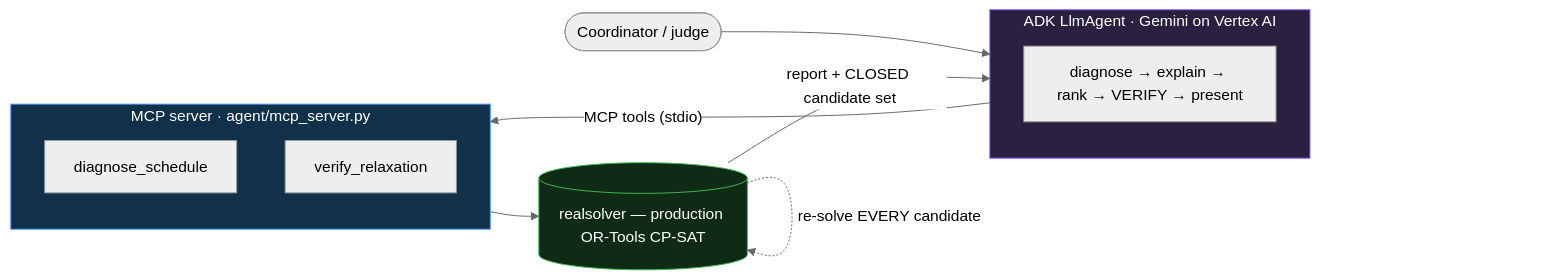
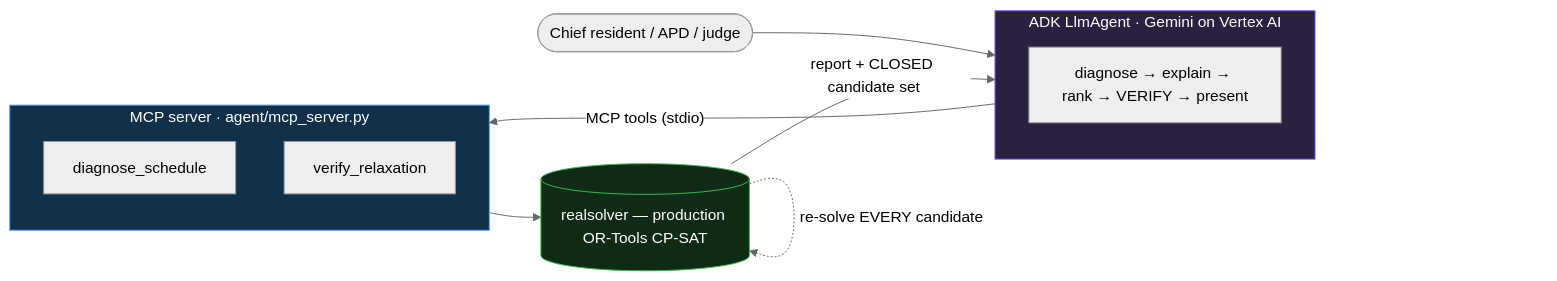
The diagram in README.md (tpinzzz/schedulerrx-constraint-agent), drawn with Mermaid (neutral theme) before and after one commit. The commit also changed other lines of this file and 5 other files, not shown here.

````diff
--- a/README.md
+++ b/README.md
@@ -48,19 +48,19 @@
 ```mermaid
 flowchart LR
-  U([Coordinator / judge]) --> A
+  U([Chief resident / APD / judge]) --> A
   subgraph A[ADK LlmAgent · Gemini on Vertex AI]
     direction TB
     P["diagnose → explain → rank → VERIFY → present"]
   end
   A -- "MCP tools (stdio)" --> M
   subgraph M[MCP server · agent/mcp_server.py]
     T1["diagnose_schedule"]
     T2["verify_relaxation"]
   end
   M --> R[("realsolver — production OR-Tools CP-SAT")]
   R -- "report + CLOSED candidate set" --> A
   R -. "re-solve EVERY candidate" .-> R
   style A fill:#2a2140,stroke:#7c5cff,color:#fff
   style M fill:#11314a,stroke:#5b9dff,color:#fff
   style R fill:#0f2b16,stroke:#3fb950,color:#fff
 ```
````
